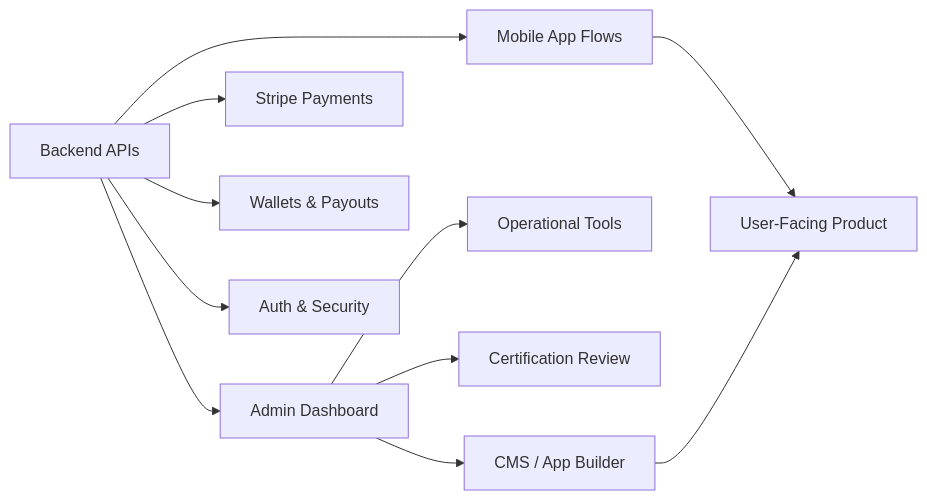
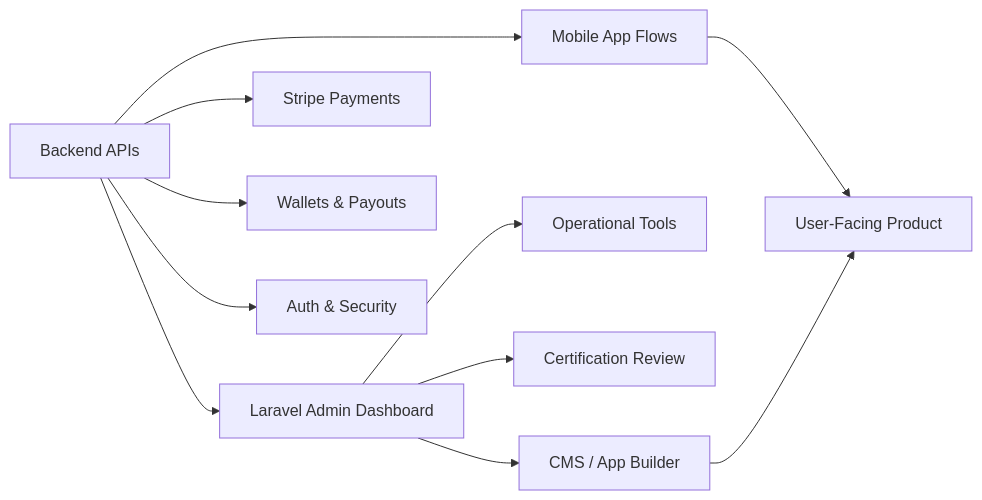
Before and after one commit to Farouk-chtioui/Farouk-chtioui: the diagram in README.md, drawn with Mermaid. The commit also changed other lines of this file, not shown here.

````diff
--- a/README.md
+++ b/README.md
@@ -65,13 +65,13 @@
 ```mermaid
 flowchart LR
-    A[Backend APIs] --> B[Admin Dashboard]
+    A[Backend APIs] --> B[Laravel Admin Dashboard]
     A --> C[Mobile App Flows]
     B --> D[Operational Tools]
     B --> E[Certification Review]
     B --> F[CMS / App Builder]
     A --> G[Stripe Payments]
     A --> H[Wallets & Payouts]
     A --> I[Auth & Security]
     C --> J[User-Facing Product]
     F --> J
 ```
````
